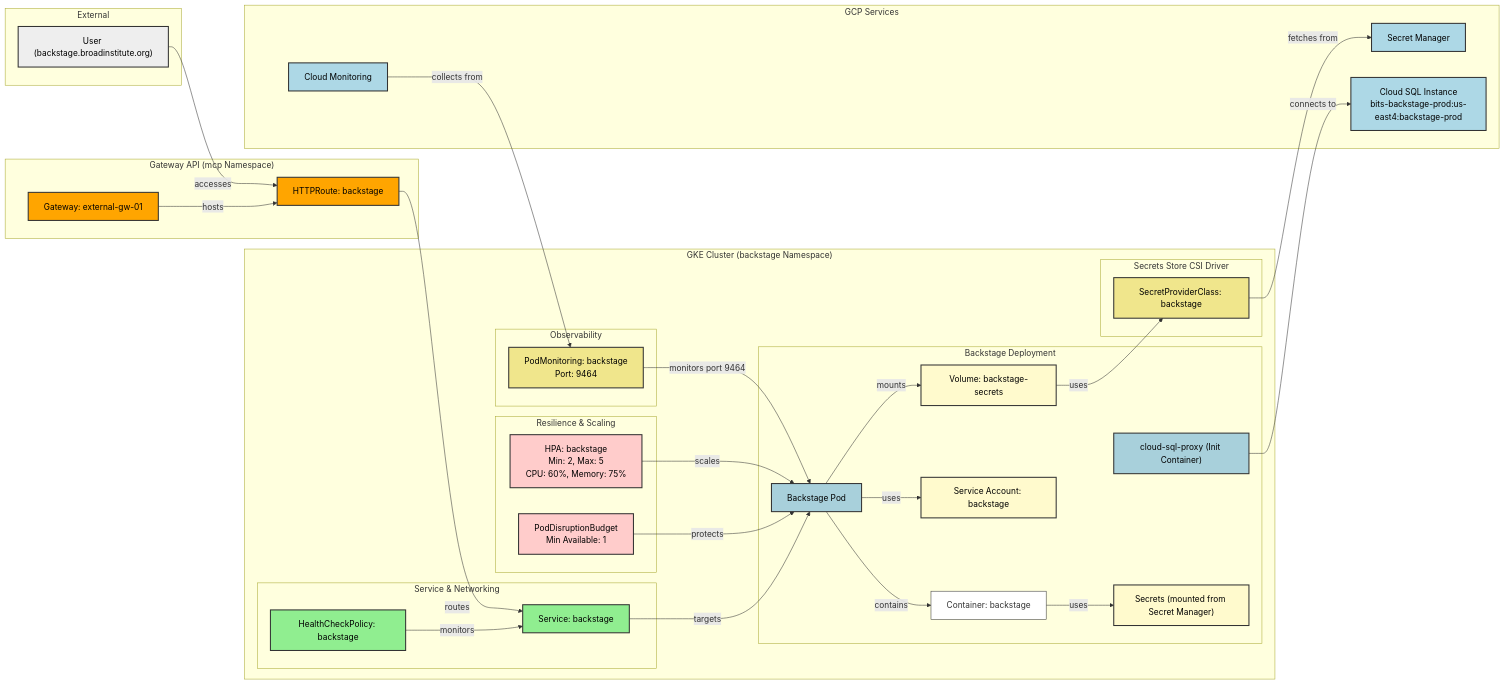
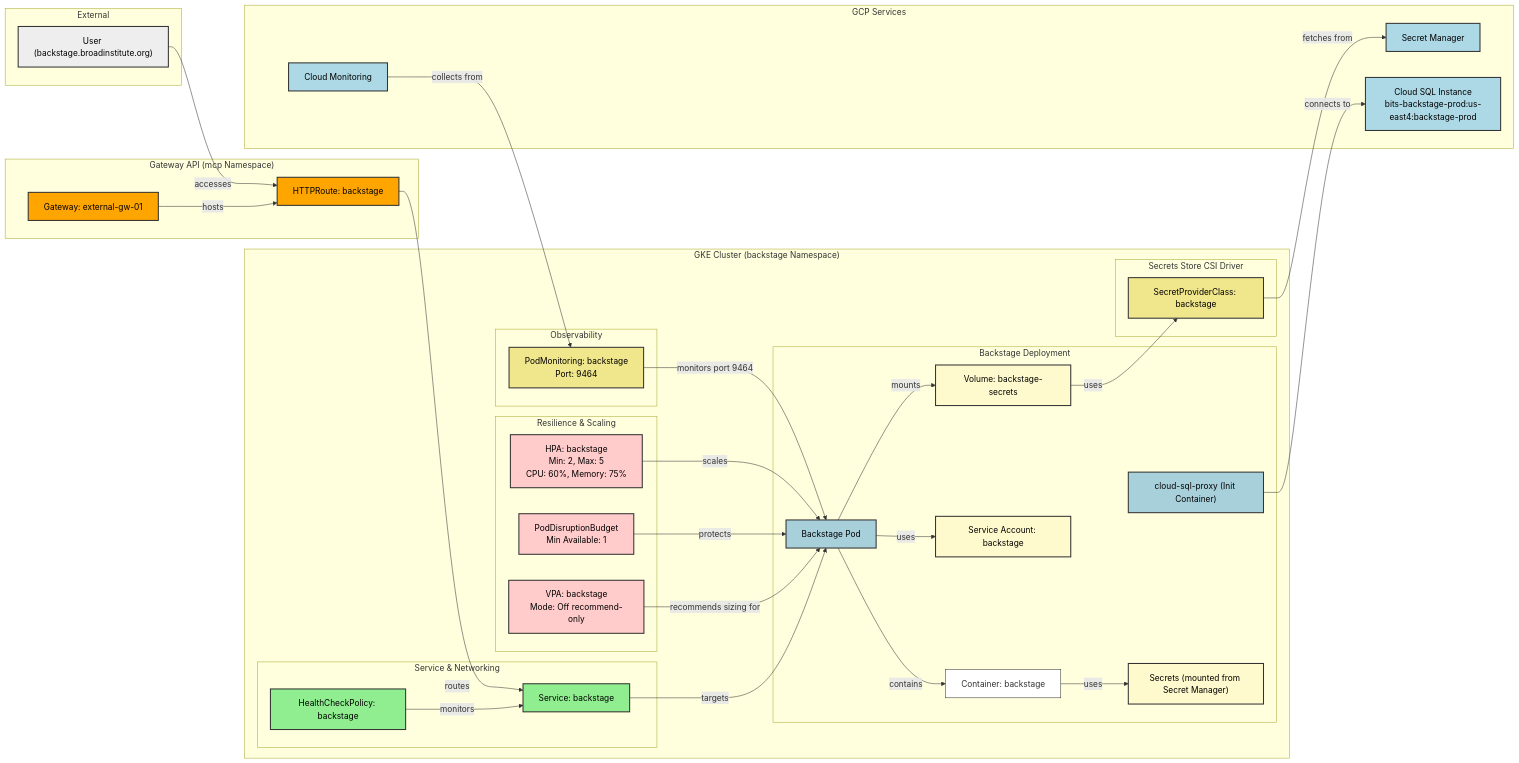
One commit to broadinstitute/backstage changed the diagram in docs/kubernetes.md. Above: the diagram before and after it, drawn with Mermaid. The commit also changed other lines of this file, not shown here.

Commit message:
feat: Update Kubernetes documentation to include Vertical Pod Autoscaler recommendations

````diff
--- a/docs/kubernetes.md
+++ b/docs/kubernetes.md
@@ -6,76 +6,79 @@
 ```mermaid
 graph LR
     subgraph "GKE Cluster (backstage Namespace)"
         subgraph "Backstage Deployment"
             A[Backstage Pod]
             B["cloud-sql-proxy (Init Container)"]
             C[Service Account: backstage]
             D["Secrets (mounted from Secret Manager)"]
             E[Volume: backstage-secrets]
             F[Container: backstage]
         end
         subgraph "Service & Networking"
             H[Service: backstage]
             HCPOL[HealthCheckPolicy: backstage]
         end
         subgraph "Resilience & Scaling"
             I[HPA: backstage<br/>Min: 2, Max: 5<br/>CPU: 60%, Memory: 75%]
             PDB[PodDisruptionBudget<br/>Min Available: 1]
+            VPA[VPA: backstage<br/>Mode: Off recommend-only]
         end
         subgraph "Observability"
             J[PodMonitoring: backstage<br/>Port: 9464]
         end
         subgraph "Secrets Store CSI Driver"
             K[SecretProviderClass: backstage]
         end
     end
     subgraph "Gateway API (mcp Namespace)"
         L[HTTPRoute: backstage]
         GW[Gateway: external-gw-01]
     end
     subgraph "GCP Services"
         O[Cloud SQL Instance<br/>bits-backstage-prod:us-east4:backstage-prod]
         P[Secret Manager]
         S[Cloud Monitoring]
     end
     subgraph "External"
         T["User (backstage.broadinstitute.org)"]
     end
 
     style A fill:#a8d0db,stroke:#333,stroke-width:2px,color:#000
     style B fill:#a8d0db,stroke:#333,stroke-width:2px,color:#000
     style H fill:#90ee90,stroke:#333,stroke-width:2px,color:#000
     style HCPOL fill:#90ee90,stroke:#333,stroke-width:2px,color:#000
     style I fill:#ffcccb,stroke:#333,stroke-width:2px,color:#000
     style PDB fill:#ffcccb,stroke:#333,stroke-width:2px,color:#000
+    style VPA fill:#ffcccb,stroke:#333,stroke-width:2px,color:#000
     style J fill:#f0e68c,stroke:#333,stroke-width:2px,color:#000
     style K fill:#f0e68c,stroke:#333,stroke-width:2px,color:#000
     style L fill:#ffa500,stroke:#333,stroke-width:2px,color:#000
     style GW fill:#ffa500,stroke:#333,stroke-width:2px,color:#000
     style C fill:#fffacd,stroke:#333,stroke-width:2px,color:#000
     style D fill:#fffacd,stroke:#333,stroke-width:2px,color:#000
     style E fill:#fffacd,stroke:#333,stroke-width:2px,color:#000
     style O fill:#add8e6,stroke:#333,stroke-width:2px,color:#000
     style P fill:#add8e6,stroke:#333,stroke-width:2px,color:#000
     style S fill:#add8e6,stroke:#333,stroke-width:2px,color:#000
     style T fill:#eee,stroke:#333,stroke-width:2px,color:#000
 
     F -- uses --> D
     A -- contains --> F
     A -- uses --> C
     A -- mounts --> E
     E -- uses --> K
     K -- fetches from --> P
     H -- targets --> A
     HCPOL -- monitors --> H
     I -- scales --> A
     PDB -- protects --> A
+    VPA -- recommends sizing for --> A
     J -- monitors port 9464 --> A
     L -- routes --> H
     GW -- hosts --> L
     T -- accesses --> L
     B -- connects to --> O
     S -- collects from --> J
 
     classDef default fill:#fff,stroke:#333,stroke-width:1px;
 ```
````
